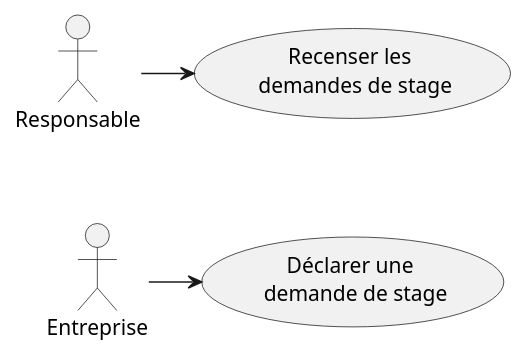
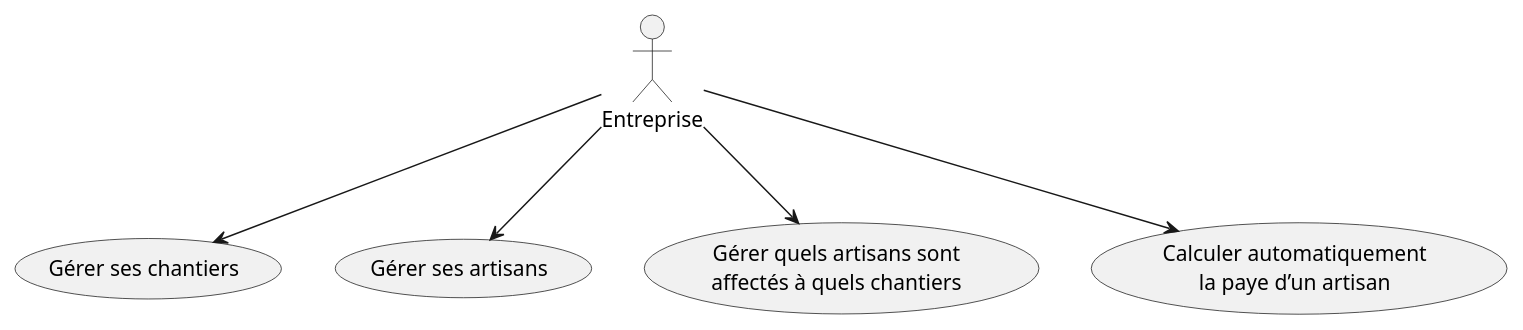
One commit to IUT-Blagnac/r2-01-conception-td5-Geriandre changed the diagram in exoun.plantuml. Above: the diagram before and after it, drawn with PlantUML.

```diff
--- a/exoun.plantuml
+++ b/exoun.plantuml
@@ -1,15 +1,15 @@
 @startuml
 
-usecase r as "Recenser les \n demandes de stage"
-usecase d as "Déclarer une \n demande de stage"
+usecase chantier as "Gérer ses chantiers"
+usecase artisans as "Gérer ses artisans"
+usecase aff as "Gérer quels artisans sont\naffectés à quels chantiers"
+usecase pay as "Calculer automatiquement\nla paye d’un artisan"
 
-actor Responsable
 actor Entreprise 
 
-'Pour aligner les 2 acteurs :
-r -[hidden]-> d
-
-Responsable -> r
-Entreprise -> d
+Entreprise --> chantier
+Entreprise --> artisans
+Entreprise --> aff
+Entreprise --> pay
 
 @enduml
```
